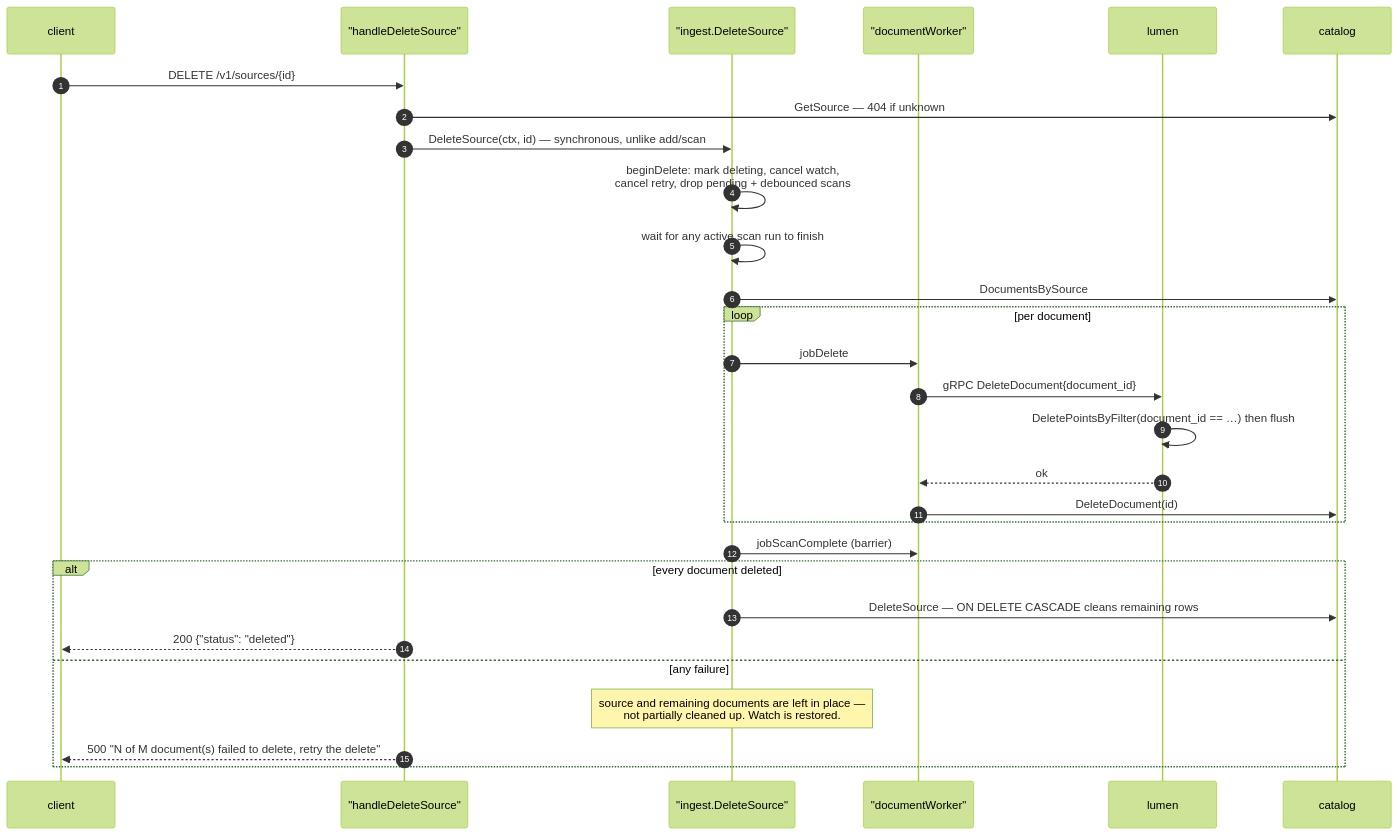
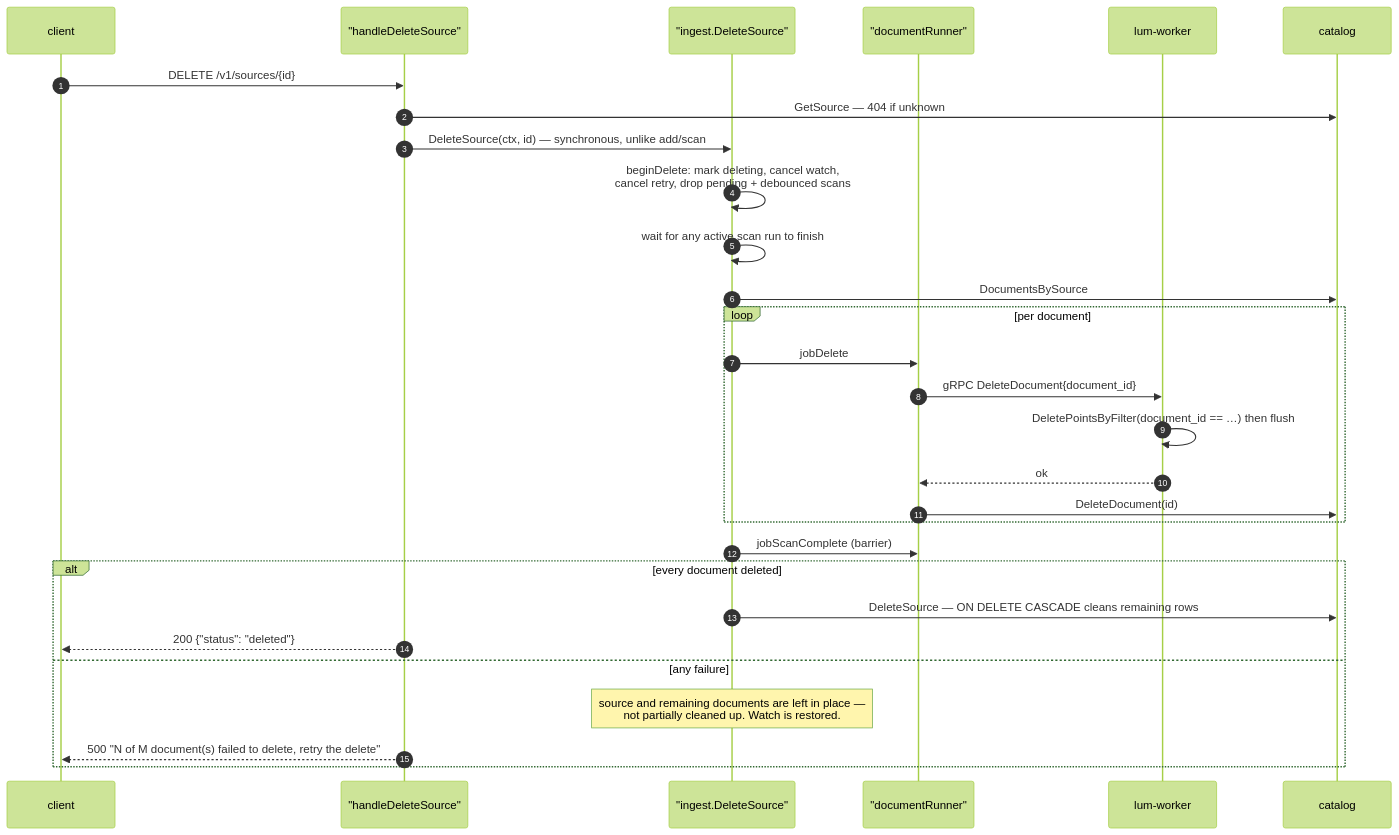
Diagram 16 of 17 in docs/diagrams.md (alDuncanson/lum), drawn with Mermaid (forest theme) before and after one commit. The commit also changed other lines of this file and 107 other files, not shown here.

````diff
--- a/docs/diagrams.md
+++ b/docs/diagrams.md
@@ -685,32 +686,32 @@
 ```mermaid
 sequenceDiagram
     autonumber
     participant CL as client
     participant API as "handleDeleteSource"
     participant I as "ingest.DeleteSource"
-    participant W as "documentWorker"
-    participant DP as lumen
+    participant W as "documentRunner"
+    participant DP as lum-worker
     participant CAT as catalog
 
     CL->>API: DELETE /v1/sources/{id}
     API->>CAT: GetSource — 404 if unknown
     API->>I: DeleteSource(ctx, id) — synchronous, unlike add/scan
     I->>I: beginDelete: mark deleting, cancel watch,<br/>cancel retry, drop pending + debounced scans
     I->>I: wait for any active scan run to finish
     I->>CAT: DocumentsBySource
     loop per document
         I->>W: jobDelete
         W->>DP: gRPC DeleteDocument{document_id}
         DP->>DP: DeletePointsByFilter(document_id == …) then flush
         DP-->>W: ok
         W->>CAT: DeleteDocument(id)
     end
     I->>W: jobScanComplete (barrier)
     alt every document deleted
         I->>CAT: DeleteSource — ON DELETE CASCADE cleans remaining rows
         API-->>CL: 200 {"status": "deleted"}
     else any failure
         Note over I: source and remaining documents are left in place —<br/>not partially cleaned up. Watch is restored.
         API-->>CL: 500 "N of M document(s) failed to delete, retry the delete"
     end
 ```
````
